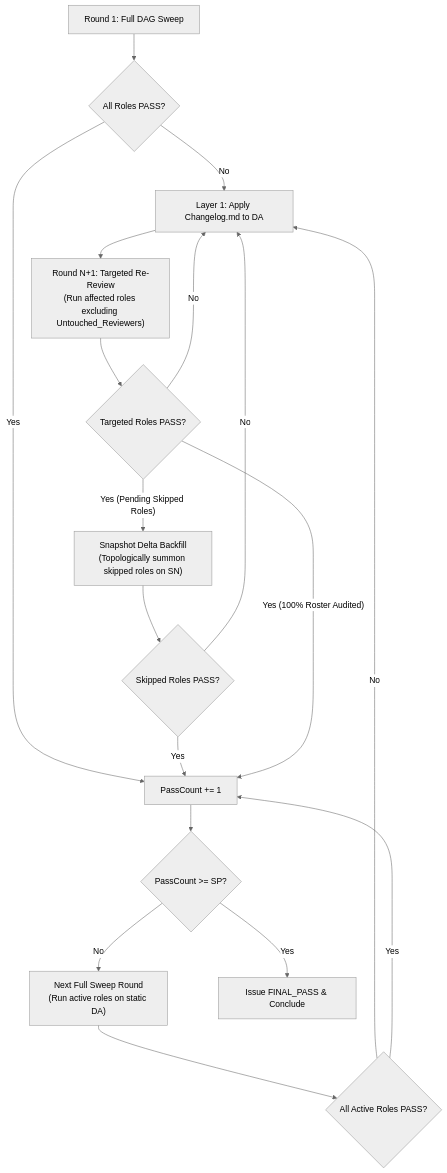
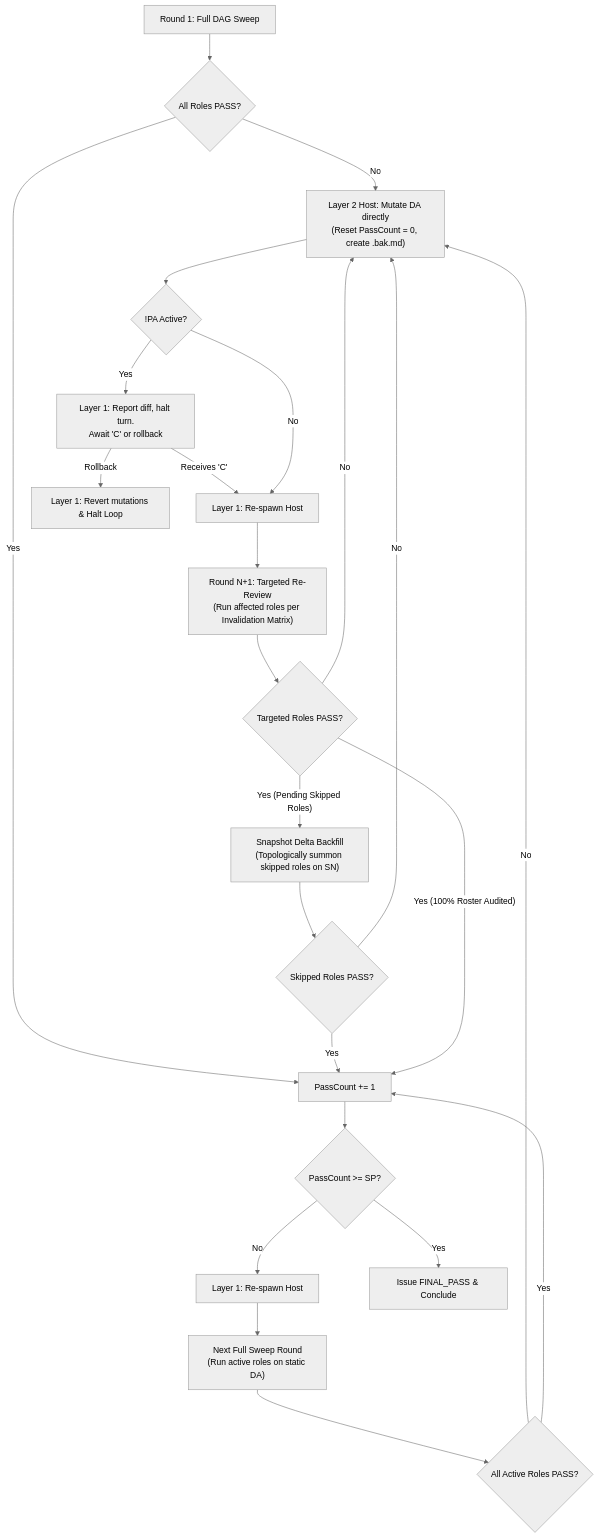
Before and after one commit to loerei/myskills: the diagram in productivity/conduct-deep-reviewing-loop/SKILL.md, drawn with Mermaid (neutral theme). The commit also changed other lines of this file and 2 other files, not shown here.

Commit message:
feat(conduct-deep-reviewing-loop): eliminate changelog and transition direct DA mutation to layer 2 host

````diff
--- a/productivity/conduct-deep-reviewing-loop/SKILL.md
+++ b/productivity/conduct-deep-reviewing-loop/SKILL.md
@@ -20,21 +20,25 @@
 ```mermaid
 flowchart TD
     Start["Round 1: Full DAG Sweep"] --> Eval{"All Roles PASS?"}
-    Eval -->|"No"| Apply["Layer 1: Apply Changelog.md to DA"]
+    Eval -->|"No"| Apply["Layer 2 Host: Mutate DA directly<br/>(Reset PassCount = 0, create <da_stem>.bak.md)"]
     Eval -->|"Yes"| Accumulate["PassCount += 1"]
-    Apply --> TargetRun["Round N+1: Targeted Re-Review<br/>(Run affected roles excluding Untouched_Reviewers)"]
+    Apply --> CheckPA{"!PA Active?"}
+    CheckPA -->|"Yes"| PAPause["Layer 1: Report diff, halt turn.<br/>Await 'C' or rollback"]
+    PAPause -->|"Receives 'C'"| Handoff["Layer 1: Re-spawn Host"] --> TargetRun["Round N+1: Targeted Re-Review<br/>(Run affected roles per Invalidation Matrix)"]
+    PAPause -->|"Rollback"| RevertHalt["Layer 1: Revert mutations & Halt Loop"]
+    CheckPA -->|"No"| Handoff
     CheckTarget{"Targeted Roles PASS?"}
     TargetRun --> CheckTarget
     CheckTarget -->|"No"| Apply
     CheckTarget -->|"Yes (Pending Skipped Roles)"| Backfill["Snapshot Delta Backfill<br/>(Topologically summon skipped roles on SN)"]
     Backfill --> BackfillCheck{"Skipped Roles PASS?"}
     BackfillCheck -->|"No"| Apply
     BackfillCheck -->|"Yes"| Accumulate
     CheckTarget -->|"Yes (100% Roster Audited)"| Accumulate
     Accumulate --> SPCheck{"PassCount >= SP?"}
-    SPCheck -->|"No"| FullSweep["Next Full Sweep Round<br/>(Run active roles on static DA)"]
+    SPCheck -->|"No"| HandoffSweep["Layer 1: Re-spawn Host"] --> FullSweep["Next Full Sweep Round<br/>(Run active roles on static DA)"]
     FullSweep --> SweepCheck{"All Active Roles PASS?"}
     SweepCheck -->|"No"| Apply
     SweepCheck -->|"Yes"| Accumulate
     SPCheck -->|"Yes"| FinalPass["Issue FINAL_PASS & Conclude"]
 ```
````
